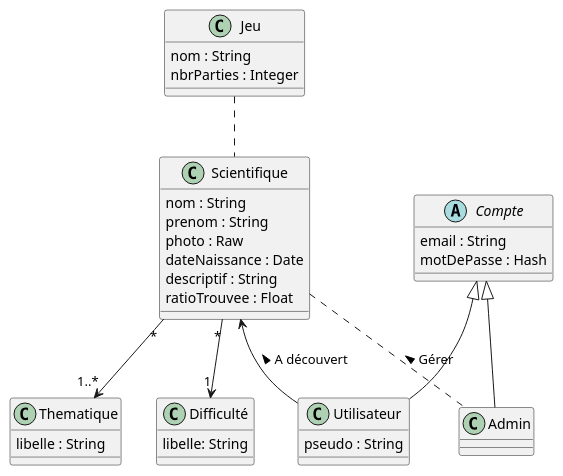
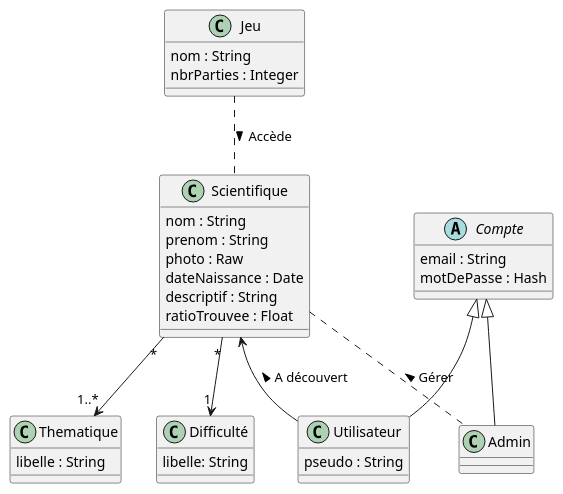
The diagram in project/Docs/classe/classDiagram.pu (JdAlix/ScienceQuest), drawn with PlantUML before and after one commit.

Commit message:
Ajout précision association entre jeu et scientifique

```diff
--- a/project/Docs/classe/classDiagram.pu
+++ b/project/Docs/classe/classDiagram.pu
@@ -4,50 +4,50 @@
 @startuml "BDD"
 
 class Scientifique{
     nom : String
     prenom : String
     photo : Raw
     dateNaissance : Date
     descriptif : String
     ratioTrouvee : Float
 }
 
 class Thematique{
     libelle : String
 }
 
 class "Difficulté"{
     libelle: String
 }
 
 Scientifique "*" --> "1..*" Thematique
 Scientifique "*" --> "1" "Difficulté"
 Scientifique <-- Utilisateur : A découvert <
 Scientifique .. Admin : Gérer <
 
 
 abstract Compte{
     email : String
     motDePasse : Hash
 }
 
 class Utilisateur{
     pseudo : String
 }
 
 class Admin{
 
 }
 
 Compte <|-- Utilisateur
 Compte <|-- Admin
 
 
 class Jeu{
     nom : String
     nbrParties : Integer
 }
 
-Jeu .. Scientifique
+Jeu .. Scientifique  : Accède >
 
 @enduml
```
